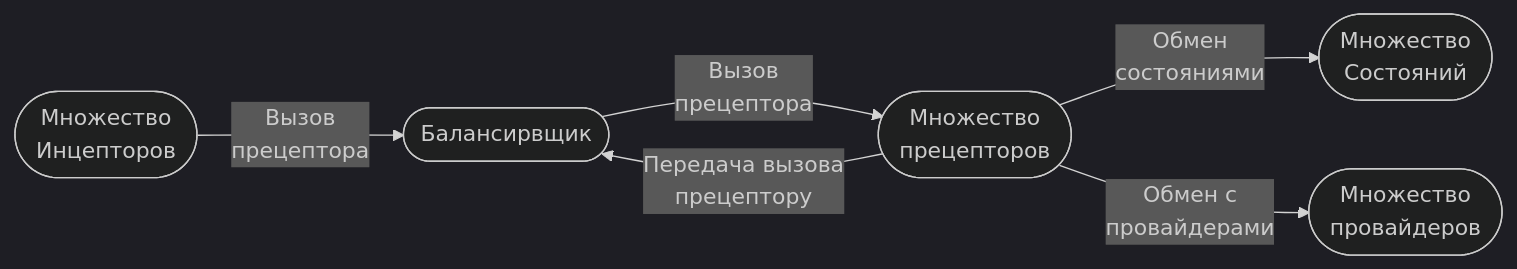
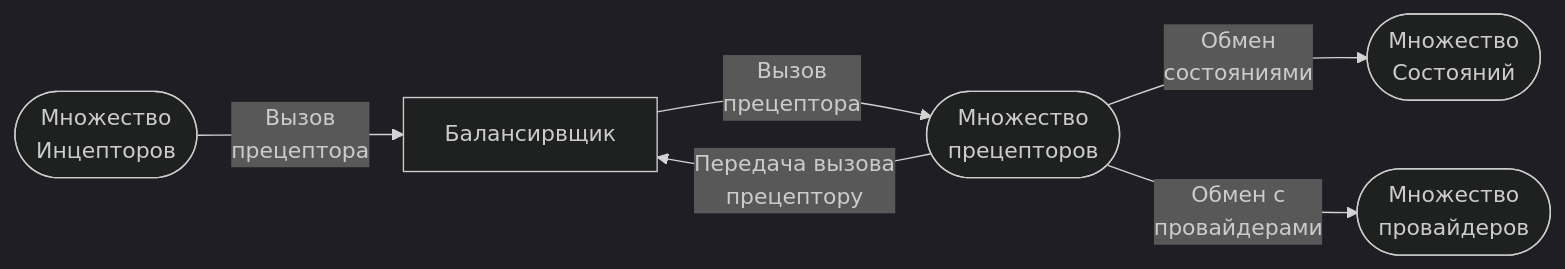
The third of 4 diagrams in ru/msasie.md (johnthesmith/scraps), drawn with Mermaid (dark theme) before and after one commit. The commit also changed other lines of this file, not shown here.

````diff
--- a/ru/msasie.md
+++ b/ru/msasie.md
@@ -80,15 +80,15 @@
 ```mermaid
 flowchart LR
 
-    balancer_inner([ Балансирвщик ])
+    balancer_inner[ Балансирвщик ]
     inceptor([Множество<br>Инцепторов])
     state([Множество<br>Состояний])   
     provider([Множество<br>провайдеров]) 
     preceptor([Множество <br> прецепторов])
 
     inceptor --> |Вызов <br> прецептора| balancer_inner
     balancer_inner --> |Вызов <br> прецептора| preceptor
     preceptor --> |Передача вызова <br> прецептору| balancer_inner
     preceptor -->  |Обмен<br>состояниями| state
     preceptor --> |Обмен c<br>провайдерами| provider
 ```
````
